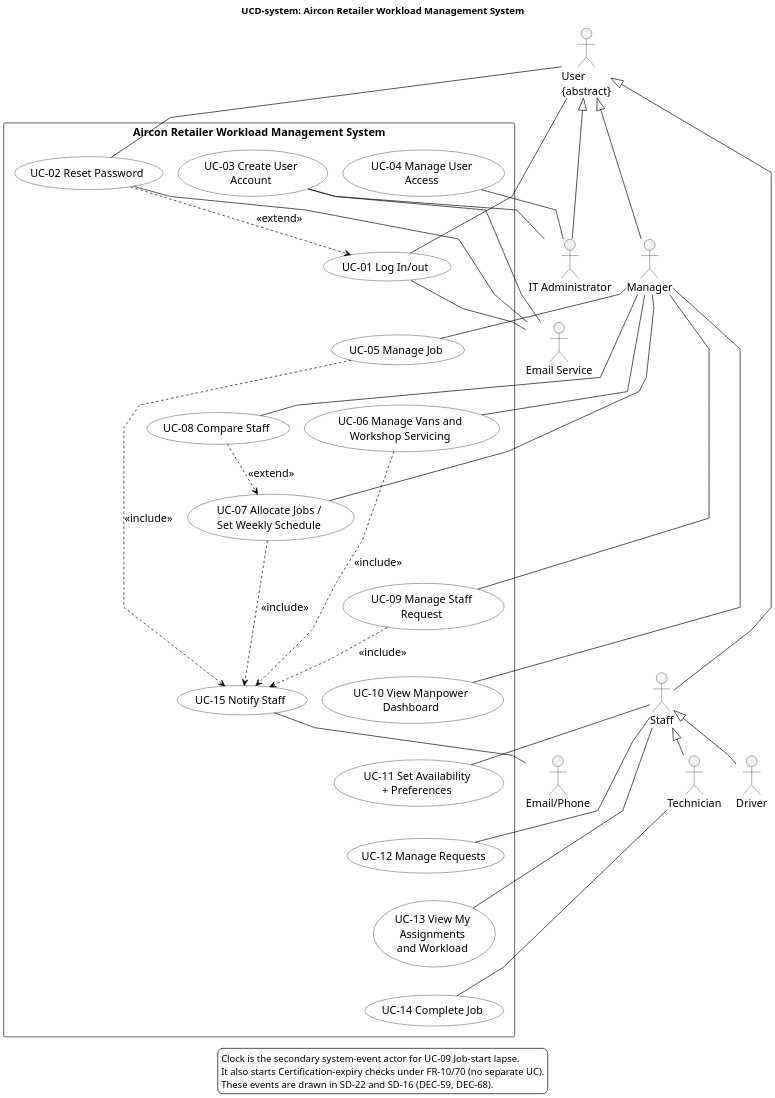
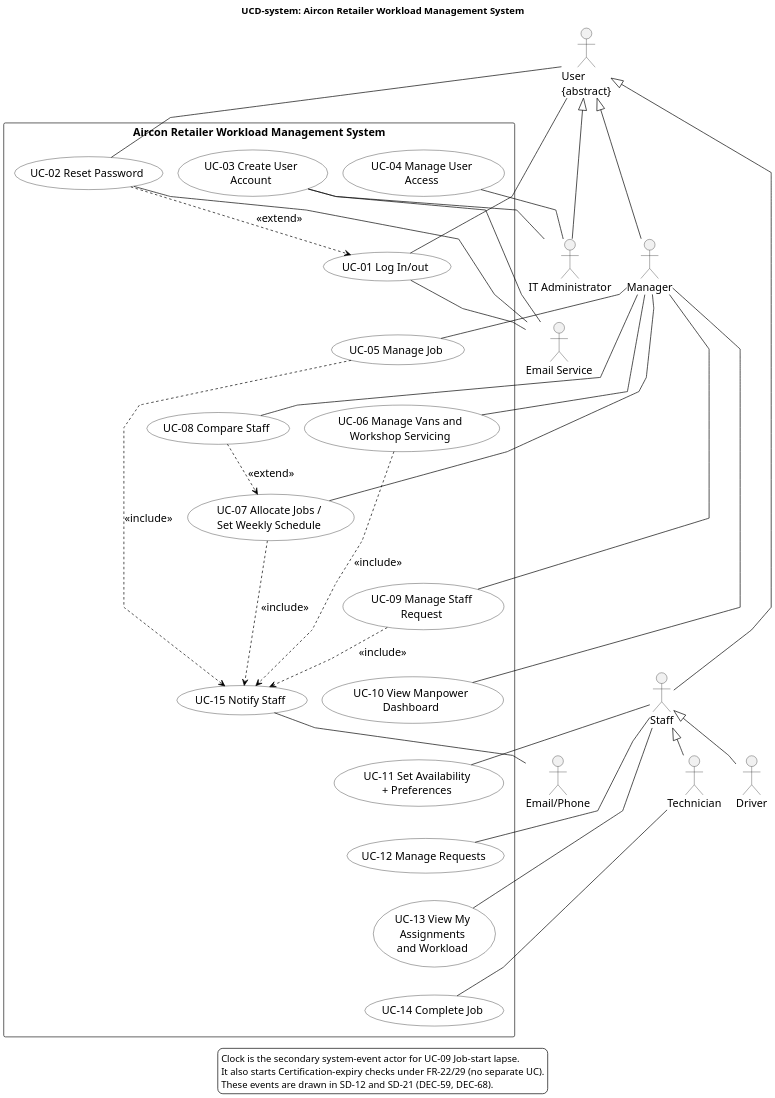
The diagram in diagrams/UCD-system.puml (ZadeNova/inf2001-SE), drawn with PlantUML before and after one commit. The commit also changed 56 other files, not shown here.

```diff
--- a/diagrams/UCD-system.puml
+++ b/diagrams/UCD-system.puml
@@ -1,100 +1,100 @@
 @startuml UCD-system
 skinparam backgroundColor white
 skinparam shadowing false
 skinparam defaultFontName Arial
 skinparam defaultFontSize 16
 skinparam ArrowColor black
 skinparam activity {
  BackgroundColor white
  BorderColor black
  DiamondBackgroundColor white
  DiamondBorderColor black
  StartColor black
  EndColor black
 }
 skinparam swimlaneBorderColor black
 skinparam swimlaneTitleFontStyle bold
 skinparam conditionStyle InsideDiamond
 skinparam wrapWidth 190
 skinparam dpi 180
 title UCD-system: Aircon Retailer Workload Management System
 ' Traces: UC-01 to UC-15; finalized use-case-list v2.3.
 ' Sources: DEC-17, DEC-18, DEC-45, DEC-46, DEC-47; Brief R1-R11.
 ' Phone mechanism: SMS (DEC-48); initial credentials: email (DEC-49); includes: DEC-50.
 top to bottom direction
 skinparam linetype polyline
 skinparam nodesep 22
 skinparam ranksep 40
 skinparam usecaseBackgroundColor white
 skinparam usecaseBorderColor black
 skinparam actorStyle stickman
 actor "User\n{abstract}" as User
 actor Manager
 actor "Staff" as Staff
 actor Driver
 actor Technician
 actor "IT Administrator" as ITA
 actor "Email Service" as Email
 actor "Email/Phone" as Notify
 User <|-- Manager
 User <|-- Staff
 User <|-- ITA
 Staff <|-- Driver
 Staff <|-- Technician
 rectangle "Aircon Retailer Workload Management System" {
  usecase "UC-01 Log In/out" as U1
  usecase "UC-02 Reset Password" as U2
  usecase "UC-03 Create User Account" as U3
  usecase "UC-04 Manage User Access" as U4
  usecase "UC-05 Manage Job" as U5
  usecase "UC-06 Manage Vans and\nWorkshop Servicing" as U6
  usecase "UC-07 Allocate Jobs /\nSet Weekly Schedule" as U7
  usecase "UC-08 Compare Staff" as U8
  usecase "UC-09 Manage Staff Request" as U9
  usecase "UC-10 View Manpower Dashboard" as U10
  usecase "UC-11 Set Availability\n+ Preferences" as U11
  usecase "UC-12 Manage Requests" as U12
  usecase "UC-13 View My Assignments\nand Workload" as U13
  usecase "UC-14 Complete Job" as U14
  usecase "UC-15 Notify Staff" as U15
  U1 -[hidden]down- U5
  U5 -[hidden]down- U6
  U6 -[hidden]down- U7
  U7 -[hidden]down- U9
  U9 -[hidden]down- U10
  U10 -[hidden]down- U11
  U11 -[hidden]down- U12
  U12 -[hidden]down- U13
  U13 -[hidden]down- U14
 }
 User -- U1
 User -- U2
 Manager -- U5
 Manager -- U6
 Manager -- U7
 Manager -- U8
 Manager -- U9
 Manager -- U10
 Staff -- U11
 Staff -- U12
 Staff -- U13
 Technician -- U14
 U3 -- ITA
 U4 -- ITA
 U1 -- Email
 U2 -- Email
 U3 -- Email
 U15 -- Notify
 U2 ..> U1 : <<extend>>
 U8 ..> U7 : <<extend>>
 U5 ..> U15 : <<include>>
 U6 ..> U15 : <<include>>
 U7 ..> U15 : <<include>>
 U9 ..> U15 : <<include>>
 
 legend bottom
 Clock is the secondary system-event actor for UC-09 Job-start lapse.
-It also starts Certification-expiry checks under FR-10/70 (no separate UC).
-These events are drawn in SD-22 and SD-16 (DEC-59, DEC-68).
+It also starts Certification-expiry checks under FR-22/29 (no separate UC).
+These events are drawn in SD-12 and SD-21 (DEC-59, DEC-68).
 endlegend
 @enduml
```
